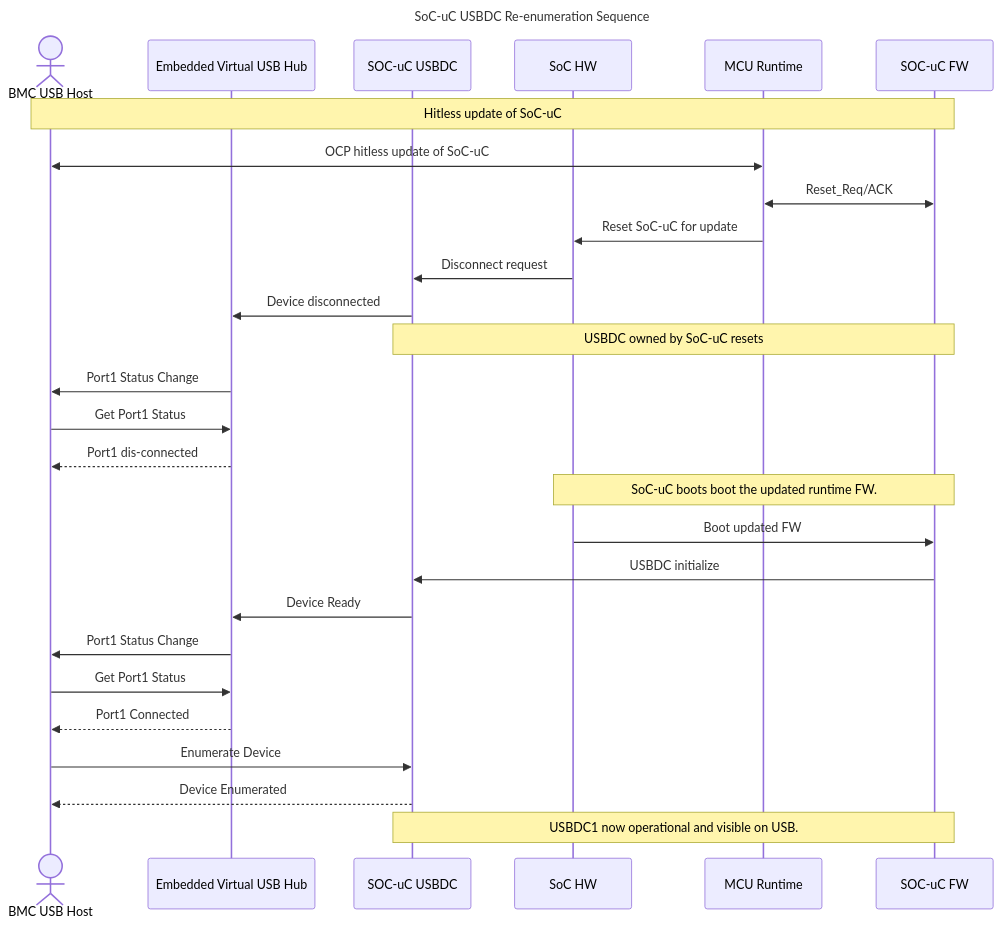
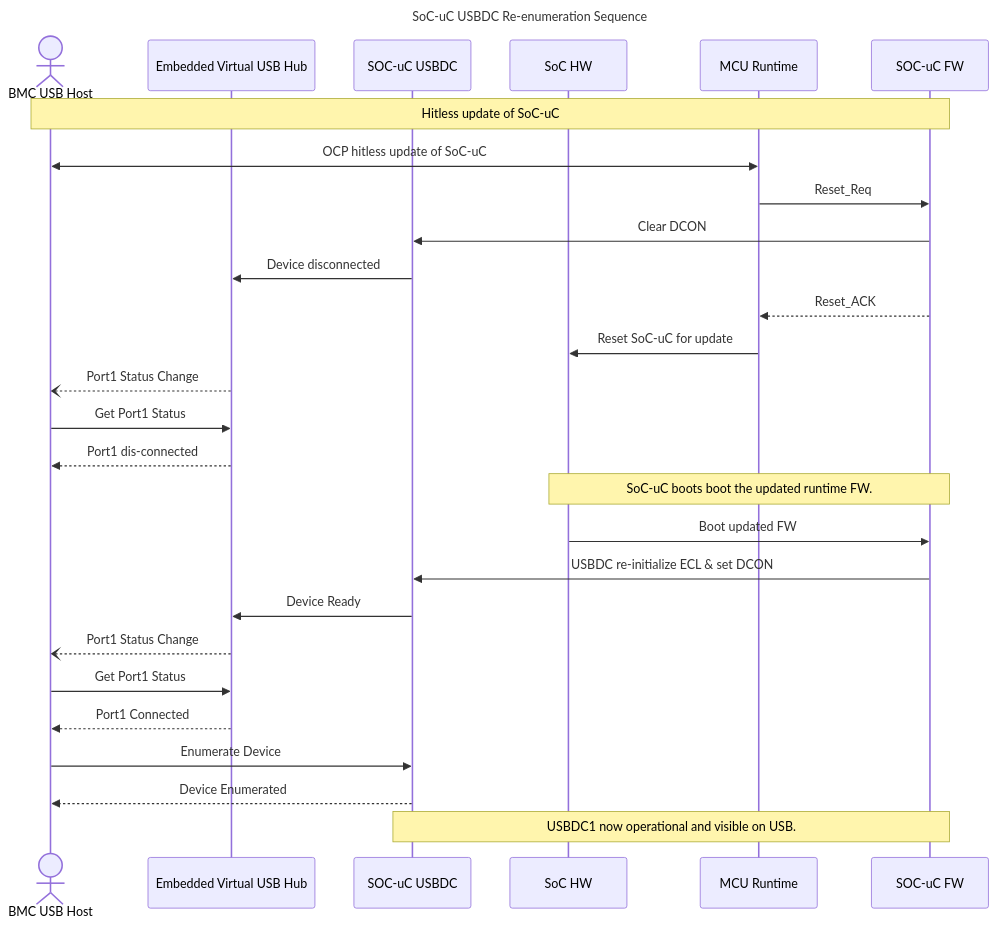
The third of 3 diagrams in docs/USB2_Programmers_Guide.md (chipsalliance/usb2), drawn with Mermaid before and after one commit. The commit also changed other lines of this file and 1 other file, not shown here.

````diff
--- a/docs/USB2_Programmers_Guide.md
+++ b/docs/USB2_Programmers_Guide.md
@@ -261,40 +267,40 @@
 ```mermaid
 sequenceDiagram
     title SoC-uC USBDC Re-enumeration Sequence
 
     actor Host as BMC USB Host
     participant EVH as Embedded Virtual USB Hub
     participant CM55U as SOC-uC USBDC
     participant soc as SoC HW
     participant MCU_FW as MCU Runtime
     participant CM55_FW as SOC-uC FW
 
 
     Note over Host,CM55_FW: Hitless update of SoC-uC
     Host <<->> MCU_FW : OCP hitless update of SoC-uC
-    MCU_FW <<->> CM55_FW : Reset_Req/ACK
+    MCU_FW ->> CM55_FW : Reset_Req
+    CM55_FW ->> CM55U : Clear DCON
+    CM55U ->> EVH : Device disconnected
+    CM55_FW -->>MCU_FW : Reset_ACK
     MCU_FW ->> soc : Reset SoC-uC for update
-    soc ->> CM55U : Disconnect request
-    CM55U ->> EVH : Device disconnected
 
-    Note over CM55U,CM55_FW: USBDC owned by SoC-uC resets
-    EVH ->> Host : Port1 Status Change
+    EVH --) Host : Port1 Status Change
     Host ->> EVH : Get Port1 Status
     EVH -->> Host : Port1 dis-connected
 
     note over soc,CM55_FW: SoC-uC boots boot the updated runtime FW.
 
     soc ->> CM55_FW : Boot updated FW
-    CM55_FW ->> CM55U : USBDC initialize
+    CM55_FW ->> CM55U : USBDC re-initialize ECL & set DCON
     CM55U ->> EVH : Device Ready
 
-    EVH ->> Host : Port1 Status Change
+    EVH --) Host : Port1 Status Change
     Host ->> EVH : Get Port1 Status
     EVH -->> Host : Port1 Connected
 
     Host ->> CM55U : Enumerate Device
     CM55U -->> Host : Device Enumerated
 
     note over CM55U,CM55_FW: USBDC1 now operational and visible on USB.
 
 ```
````
